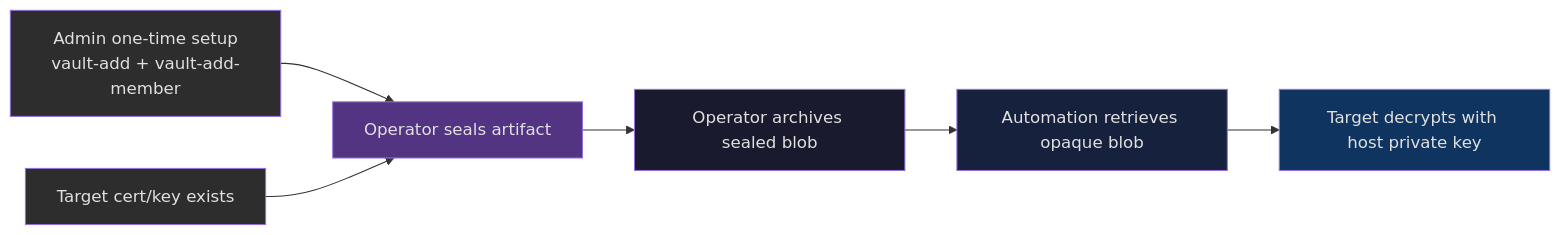
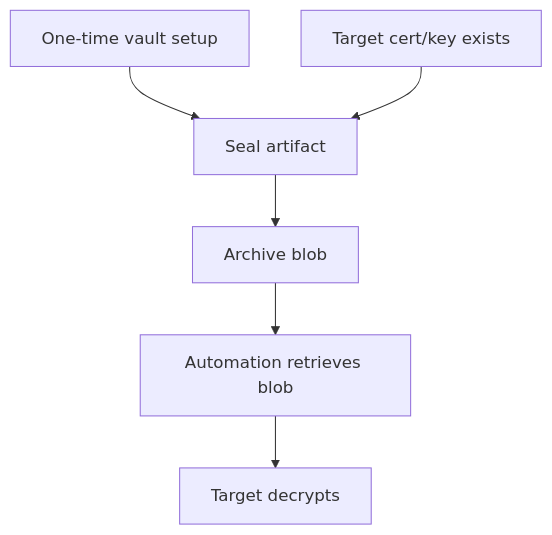
Before and after one commit to gprocunier/eigenstate-ipa: diagram 12 of 13 in docs/vault-capabilities.md, drawn with Mermaid. The commit also changed other lines of this file and 12 other files, not shown here.

Commit message:
Clean up Mermaid diagrams across docs

````diff
--- a/docs/vault-capabilities.md
+++ b/docs/vault-capabilities.md
@@ -634,19 +590,13 @@
 ```mermaid
-flowchart LR
-    admin["Admin one-time setup\nvault-add + vault-add-member"]
+flowchart TD
+    admin["One-time vault setup"]
     prereq["Target cert/key exists"]
-    operator["Operator seals artifact"]
-    archive["Operator archives sealed blob"]
-    retrieve["Automation retrieves opaque blob"]
-    decrypt["Target decrypts with host private key"]
+    seal["Seal artifact"]
+    archive["Archive blob"]
+    retrieve["Automation retrieves blob"]
+    decrypt["Target decrypts"]
 
-    admin --> operator
-    prereq --> operator --> archive --> retrieve --> decrypt
-
-    style admin fill:#2d2d2d,color:#e0e0e0
-    style prereq fill:#2d2d2d,color:#e0e0e0
-    style operator fill:#533483,color:#e0e0e0
-    style archive fill:#1a1a2e,color:#e0e0e0
-    style retrieve fill:#16213e,color:#e0e0e0
-    style decrypt fill:#0f3460,color:#e0e0e0
+    admin --> seal
+    prereq --> seal
+    seal --> archive --> retrieve --> decrypt
 ```
````
